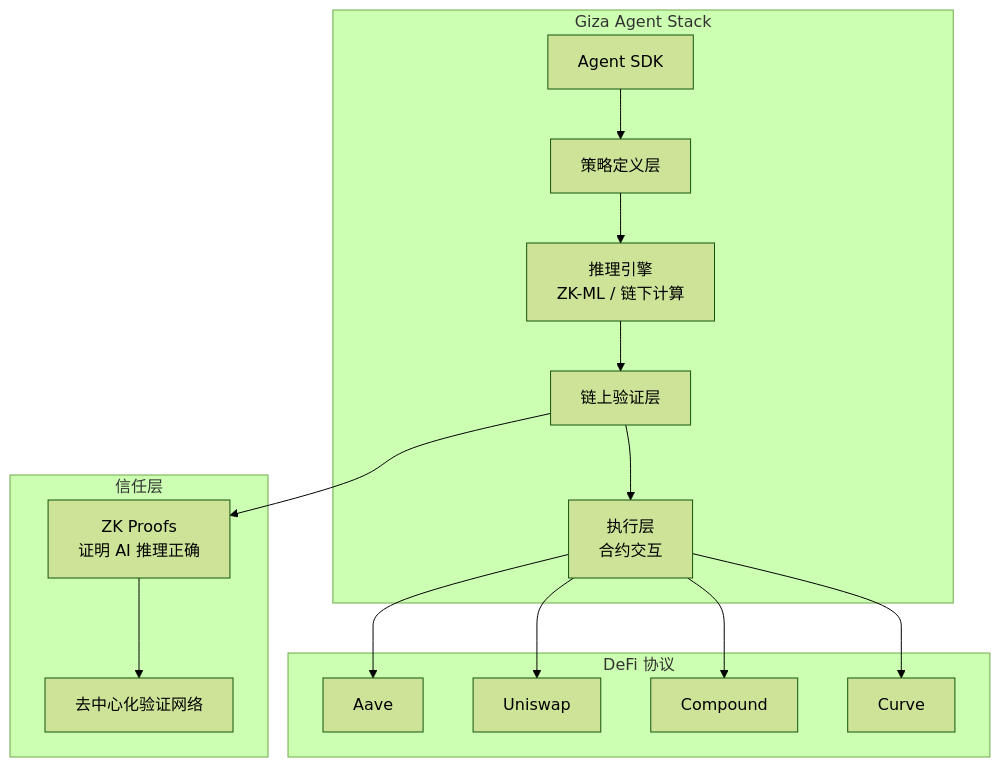
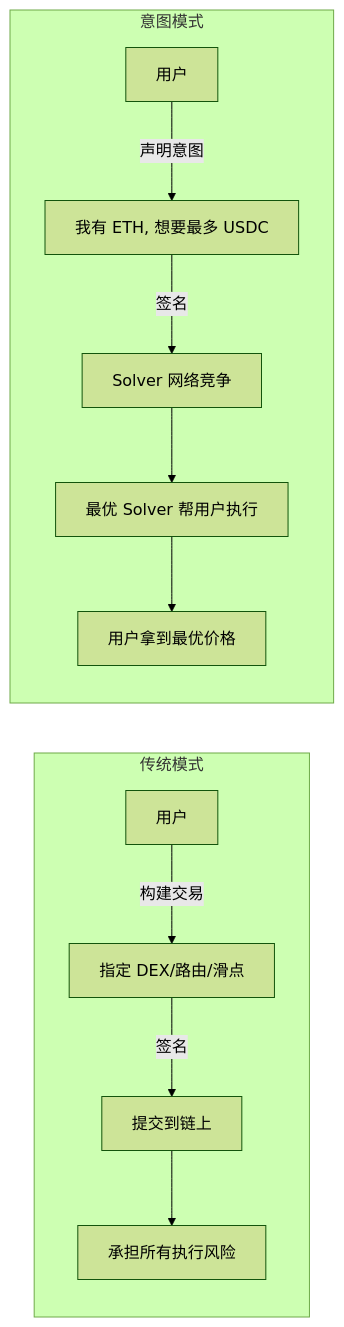
The tenth of 12 diagrams in daily/2025-06-02.md (Silence-dream/ai-web3-school-cohort-0), drawn with Mermaid (forest theme) before and after one commit. The commit also changed other lines of this file, not shown here.

Commit message:
feat: 链上 AI Agent 自动交易策略 — 深度学习笔记 (完整版)

````diff
--- a/daily/2025-06-02.md
+++ b/daily/2025-06-02.md
@@ -263,25 +855,14 @@
 ```mermaid
-flowchart TD
-    subgraph "Giza Agent Stack"
-        A[Agent SDK] --> B[策略定义层]
-        B --> C[推理引擎<br/>ZK-ML / 链下计算]
-        C --> D[链上验证层]
-        D --> E[执行层<br/>合约交互]
+flowchart LR
+    subgraph "传统模式"
+        A1[用户] -->|构建交易| B1[指定 DEX/路由/滑点]
+        B1 -->|签名| C1[提交到链上]
+        C1 --> D1[承担所有执行风险]
     end
-    subgraph "DeFi 协议"
-        F[Aave]
-        G[Uniswap]
-        H[Compound]
-        I[Curve]
+    subgraph "意图模式"
+        A2[用户] -->|声明意图| B2["我有 ETH, 想要最多 USDC"]
+        B2 -->|签名| C2[Solver 网络竞争]
+        C2 --> D2[最优 Solver 帮用户执行]
+        D2 --> E2[用户拿到最优价格]
     end
-    E --> F
-    E --> G
-    E --> H
-    E --> I
-    subgraph "信任层"
-        J[ZK Proofs<br/>证明 AI 推理正确]
-        K[去中心化验证网络]
-    end
-    D --> J
-    J --> K
 ```
````
